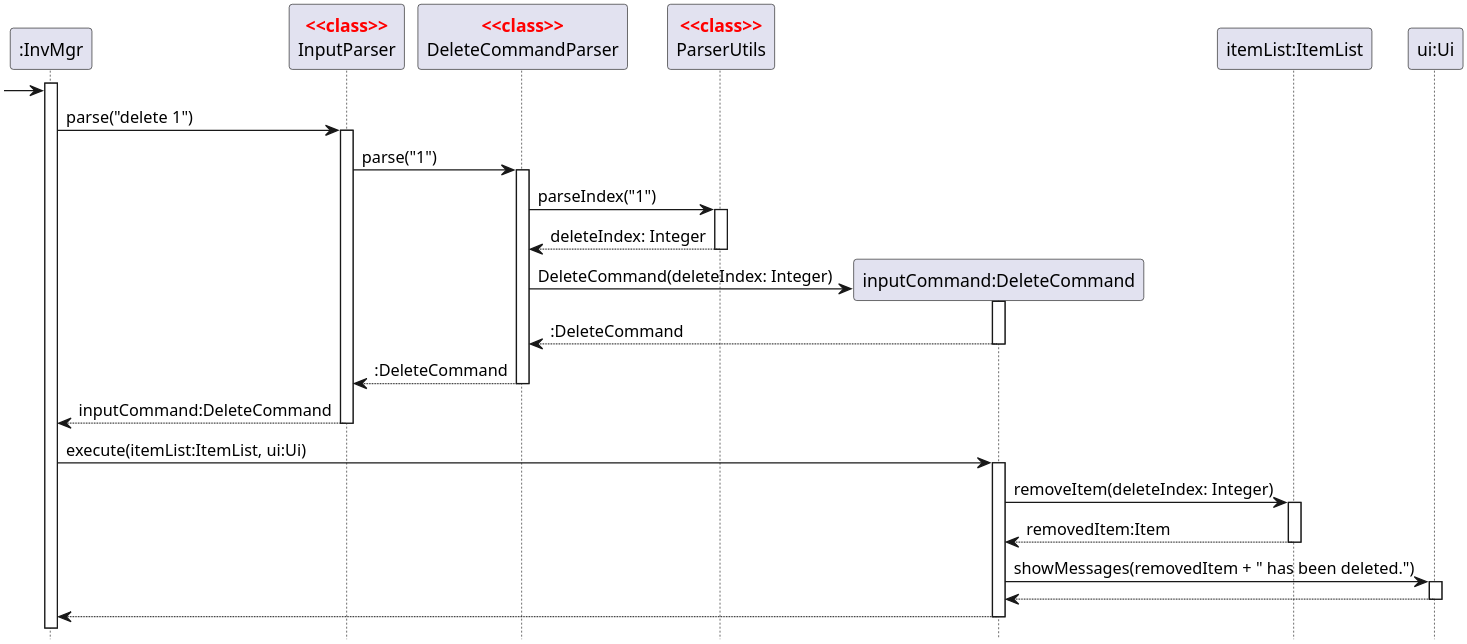
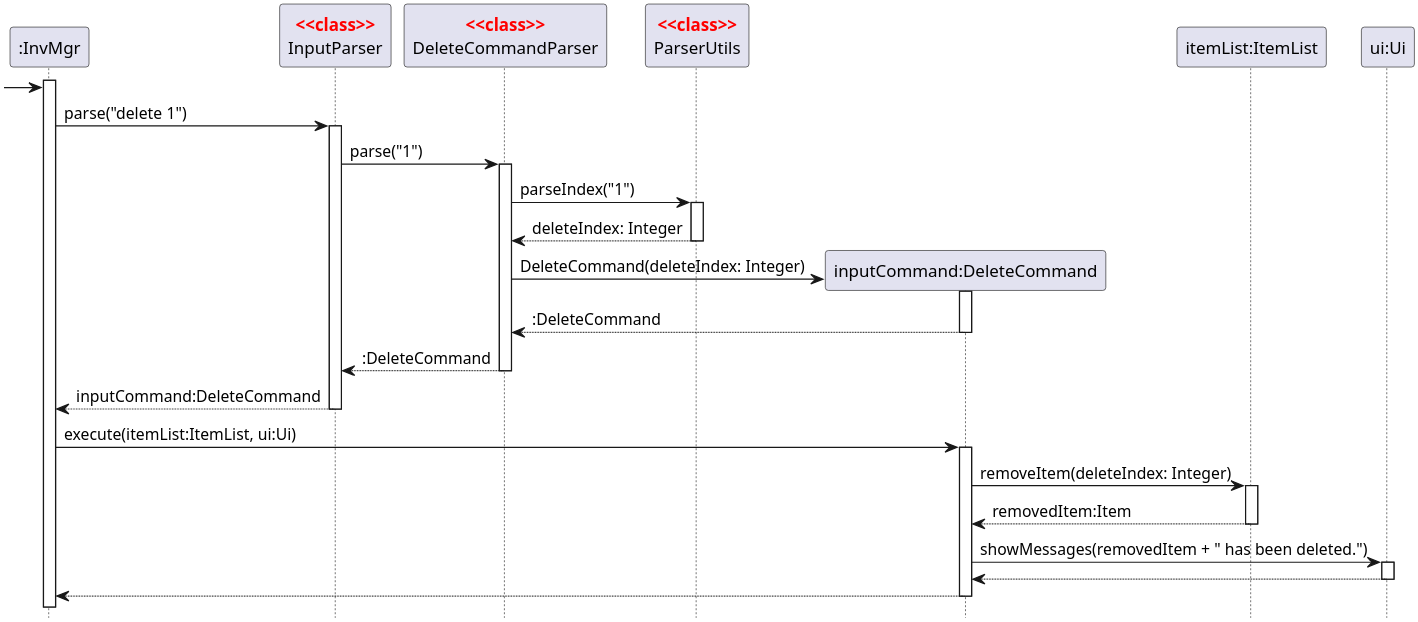
One commit to nus-cs2113-AY2122S2/tp changed the diagram in docs/diagrams/DeleteCommandSequenceDiagram.puml. Above: the diagram before and after it, drawn with PlantUML. The commit also changed 2 other files, not shown here.

```diff
--- a/docs/diagrams/DeleteCommandSequenceDiagram.puml
+++ b/docs/diagrams/DeleteCommandSequenceDiagram.puml
@@ -1,53 +1,53 @@
 @startuml
 'https://plantuml.com/sequence-diagram
 hide footbox
 
 skinparam guillemet false
 skinparam sequenceStereotypeFontColor red
 skinparam sequenceStereotypeFontStyle bold
-skinparam dpi 300
+skinparam dpi 290
 
 Participant ":InvMgr" as invmgr
 Participant "InputParser" as input <<class>>
 Participant "DeleteCommandParser" as parser <<class>>
 Participant "ParserUtils" as utils <<class>>
 Participant "inputCommand:DeleteCommand" as cmd
 Participant "itemList:ItemList" as itemlist
 Participant "ui:Ui" as ui
 
 activate invmgr
 
 -> invmgr
 invmgr -> input:parse("delete 1")
 activate input
 
 input -> parser:parse("1")
 activate parser
 
 parser -> utils:parseIndex("1")
 activate utils
 
 return deleteIndex: Integer
 
 create cmd
 parser -> cmd:DeleteCommand(deleteIndex: Integer)
 activate cmd
 return :DeleteCommand
 
 return :DeleteCommand
 
 return inputCommand:DeleteCommand
 
 invmgr -> cmd:execute(itemList:ItemList, ui:Ui)
 activate cmd
 
 cmd -> itemlist:removeItem(deleteIndex: Integer)
 activate itemlist
 return removedItem:Item
 
 cmd -> ui:showMessages(removedItem + " has been deleted.")
 activate ui
 return
 
 return
 @enduml
```
